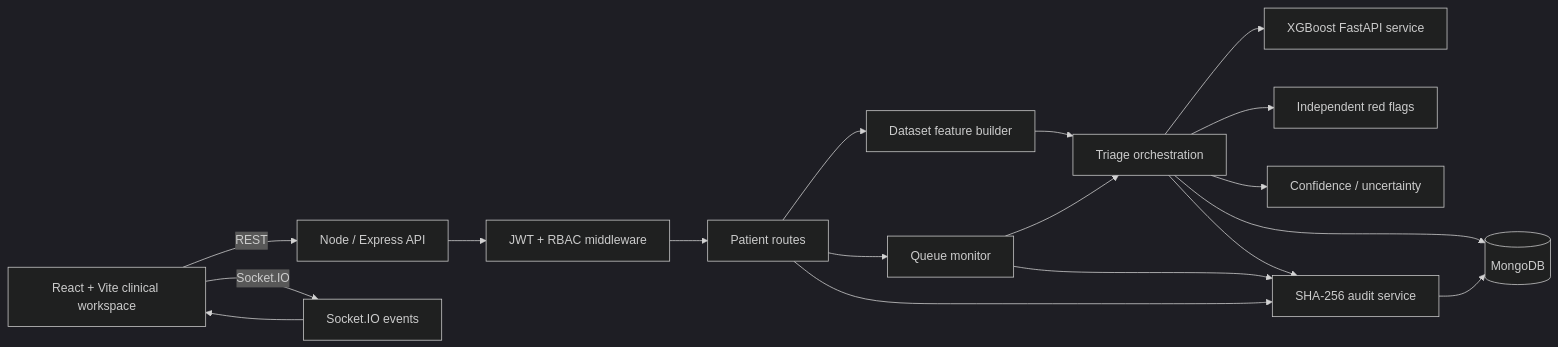
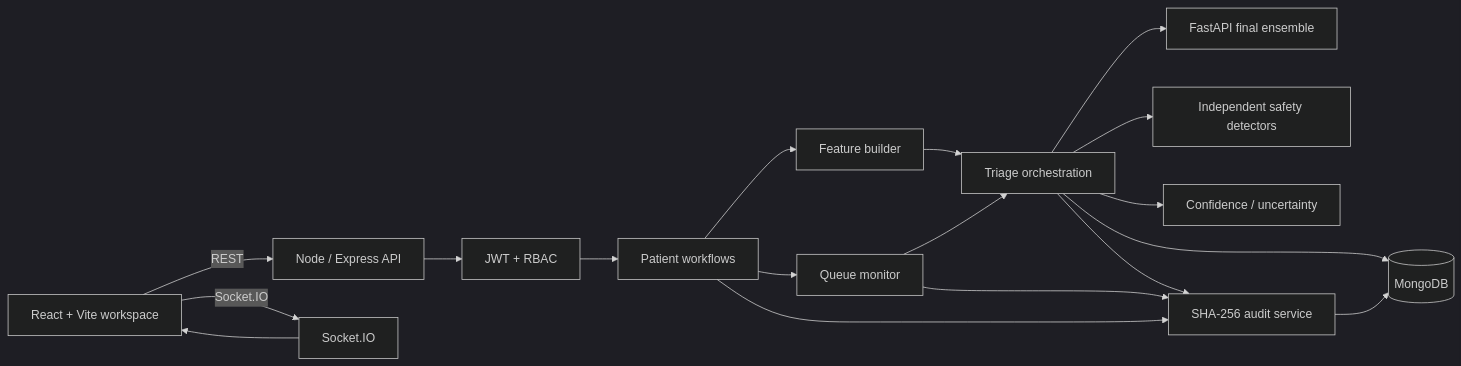
The diagram in docs/ARCHITECTURE.md (Sakshya2504/SpaceCoders), drawn with Mermaid (dark theme) before and after one commit. The commit also changed other lines of this file, not shown here.

Commit message:
docs: align architecture with final ensemble and workflow

````diff
--- a/docs/ARCHITECTURE.md
+++ b/docs/ARCHITECTURE.md
@@ -17,34 +17,34 @@
 ```mermaid
 flowchart LR
-    Browser[React + Vite clinical workspace]
+    B[React + Vite workspace]
     API[Node / Express API]
-    AUTH[JWT + RBAC middleware]
-    PAT[Patient routes]
+    AUTH[JWT + RBAC]
+    PAT[Patient workflows]
+    FEATURES[Feature builder]
     TRIAGE[Triage orchestration]
-    FEATURES[Dataset feature builder]
-    FLAGS[Independent red flags]
-    CONF[Confidence / uncertainty]
-    ML[XGBoost FastAPI service]
-    QUEUE[Queue monitor]
-    ALERTS[Socket.IO events]
+    FLAGS[Independent safety detectors]
+    UNC[Confidence / uncertainty]
+    ML[FastAPI final ensemble]
+    Q[Queue monitor]
+    RT[Socket.IO]
     AUDIT[SHA-256 audit service]
     DB[(MongoDB)]
 
-    Browser -->|REST| API
-    Browser -->|Socket.IO| ALERTS
+    B -->|REST| API
+    B -->|Socket.IO| RT
     API --> AUTH
     AUTH --> PAT
     PAT --> FEATURES
     FEATURES --> TRIAGE
     TRIAGE --> ML
     TRIAGE --> FLAGS
-    TRIAGE --> CONF
+    TRIAGE --> UNC
     TRIAGE --> DB
-    PAT --> QUEUE
-    QUEUE --> TRIAGE
+    PAT --> Q
+    Q --> TRIAGE
     PAT --> AUDIT
-    QUEUE --> AUDIT
+    Q --> AUDIT
     TRIAGE --> AUDIT
     AUDIT --> DB
-    ALERTS --> Browser
+    RT --> B
 ```
````
